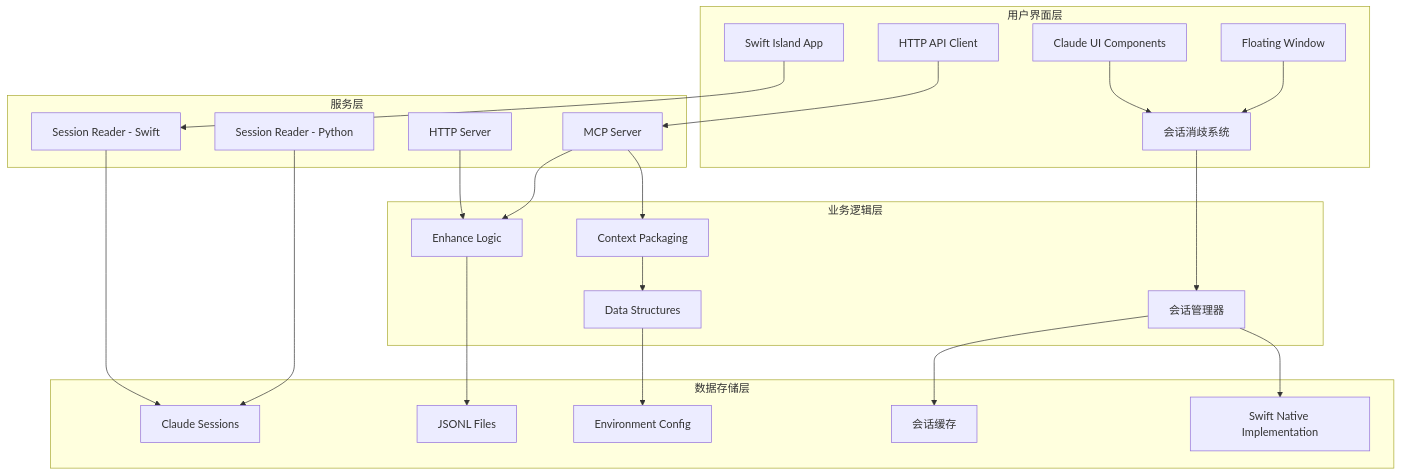
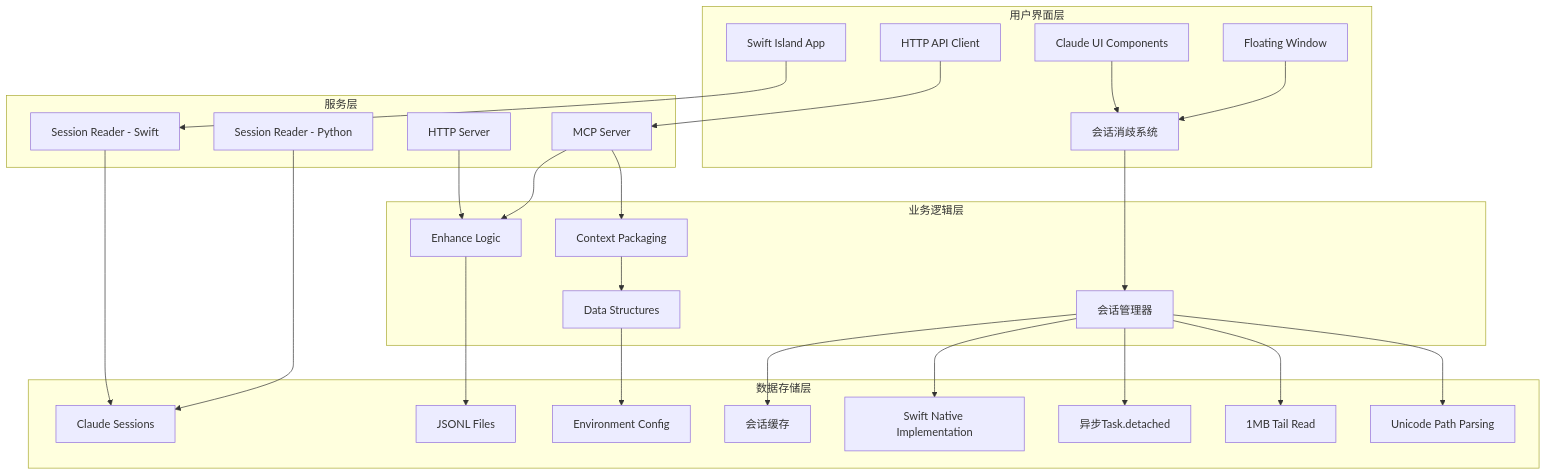
Before and after one commit to WyRainBow/PromptCocoPilot: the second of 22 diagrams in .qoder/repowiki/zh/content/核心架构/会话管理系统.md, drawn with Mermaid. The commit also changed other lines of this file and 57 other files, not shown here.

````diff
--- a/.qoder/repowiki/zh/content/核心架构/会话管理系统.md
+++ b/.qoder/repowiki/zh/content/核心架构/会话管理系统.md
@@ -134,44 +140,50 @@
 ```mermaid
 graph TB
 subgraph "用户界面层"
 A[Floating Window]
 B[Claude UI Components]
 C[HTTP API Client]
 D[会话消歧系统]
 E[Swift Island App]
 end
 subgraph "服务层"
 F[MCP Server]
 G[HTTP Server]
 H[Session Reader - Python]
 I[Session Reader - Swift]
 end
 subgraph "业务逻辑层"
 J[Enhance Logic]
 K[Context Packaging]
 L[Data Structures]
 M[会话管理器]
 end
 subgraph "数据存储层"
 N[Claude Sessions]
 O[JSONL Files]
 P[Environment Config]
 Q[会话缓存]
 R[Swift Native Implementation]
+S[异步Task.detached]
+T[1MB Tail Read]
+U[Unicode Path Parsing]
 end
 A --> D
 B --> D
 C --> F
 D --> M
 E --> I
 F --> J
 F --> K
 G --> J
 H --> N
 I --> N
 J --> O
 K --> L
 L --> P
 M --> Q
 M --> R
+M --> S
+M --> T
+M --> U
 ```
````
